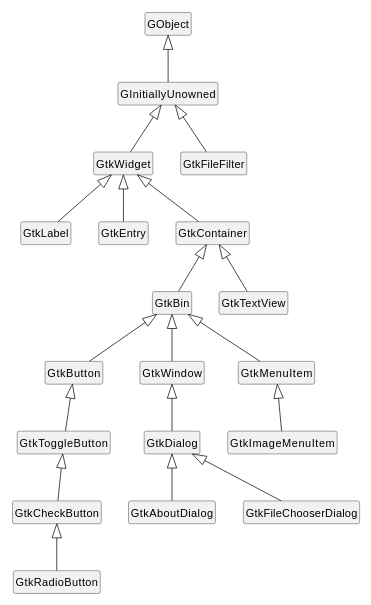
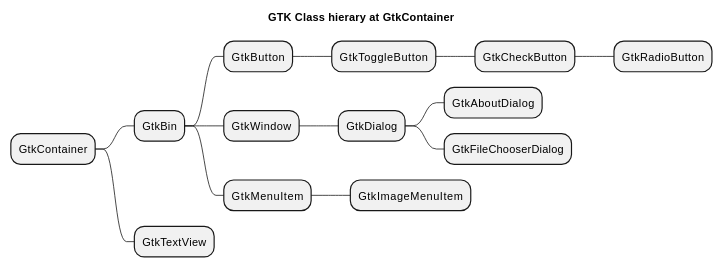
The second of 5 diagrams in cpan/MARTIMM/GTK-V3/doc/Design.md (lizmat/raku-all-modules), drawn with PlantUML before and after one commit. The commit also changed other lines of this file and 12 other files, not shown here.

````diff
--- a/cpan/MARTIMM/GTK-V3/doc/Design.md
+++ b/cpan/MARTIMM/GTK-V3/doc/Design.md
@@ -6,37 +34,24 @@
 ```plantuml
+@startmindmap
 scale 0.7
-hide members
-hide circle
 
-'class Gui
-'class GSignal
-'GSignal <|-- GtkWidget
-'X <-* Gui
+title GTK Class hierary at GtkContainer
 
+* GtkContainer
+ * GtkBin
+  * GtkButton
+   * GtkToggleButton
+    * GtkCheckButton
+     * GtkRadioButton
 
-GtkBin <|-- GtkButton
-GtkButton <|-- GtkToggleButton
-GtkToggleButton <|-- GtkCheckButton
-GtkCheckButton <|-- GtkRadioButton
+  * GtkWindow
+   * GtkDialog
+    * GtkAboutDialog
+    * GtkFileChooserDialog
 
-GtkBin <|-- GtkWindow
-GtkWindow <|-- GtkDialog
-GtkDialog <|-- GtkAboutDialog
-GtkDialog <|-- GtkFileChooserDialog
+  * GtkMenuItem
+   * GtkImageMenuItem
 
-GtkWidget <|-- GtkLabel
-GtkWidget <|-- GtkEntry
-
-GtkContainer <|-- GtkBin
-GtkContainer <|-- GtkTextView
-GtkWidget <|-- GtkContainer
-
-GInitiallyUnowned <|-- GtkWidget
-GObject <|-- GInitiallyUnowned
-
-GtkBin <|-- GtkMenuItem
-GtkMenuItem <|-- GtkImageMenuItem
-
-GInitiallyUnowned <|-- GtkFileFilter
-
+ * GtkTextView
+@endmindmap
 ```
````
